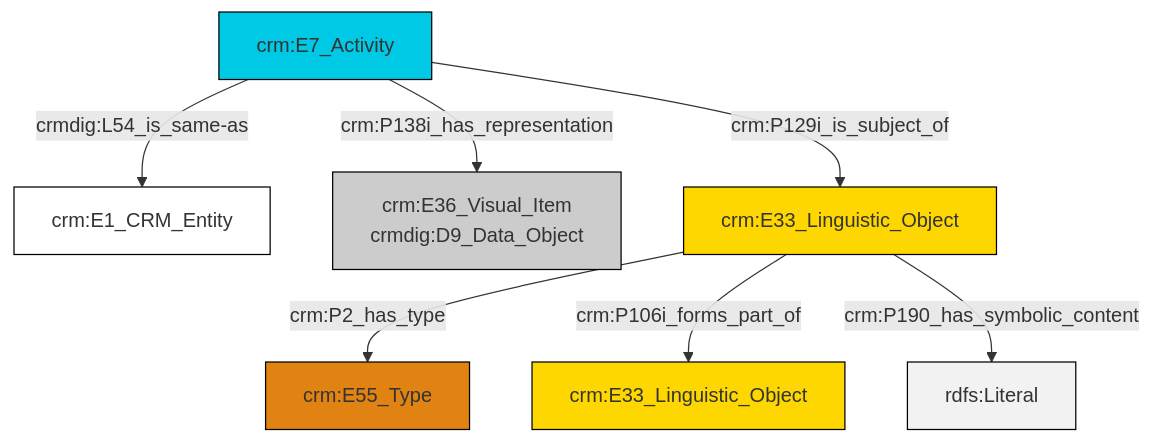
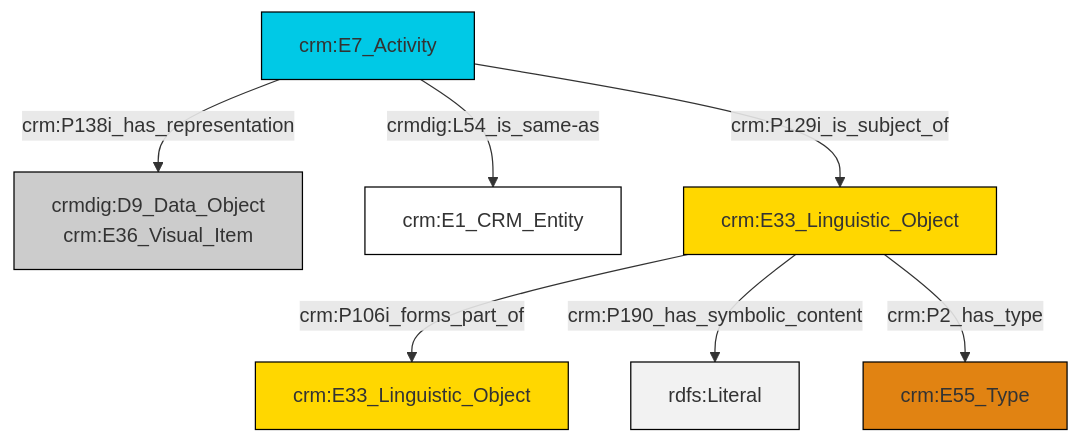
The diagram in et/eventCSV/ttl/mmd/event_documentation.ttl.mmd (swiss-art-research-net/docs.swissartresearch), drawn with Mermaid before and after one commit. The commit also changed 175 other files, not shown here.

```diff
--- a/et/eventCSV/ttl/mmd/event_documentation.ttl.mmd
+++ b/et/eventCSV/ttl/mmd/event_documentation.ttl.mmd
@@ -1,21 +1,21 @@
 graph TD
 classDef Literal fill:#f2f2f2,stroke:#000000;
 classDef CRM_Entity fill:#FFFFFF,stroke:#000000;
 classDef Temporal_Entity fill:#00C9E6, stroke:#000000;
 classDef Type fill:#E18312, stroke:#000000;
 classDef Time-Span fill:#2C9C91, stroke:#000000;
 classDef Appellation fill:#FFEB7F, stroke:#000000;
 classDef Place fill:#008836, stroke:#000000;
 classDef Persistent_Item fill:#B266B2, stroke:#000000;
 classDef Conceptual_Object fill:#FFD700, stroke:#000000;
 classDef Physical_Thing fill:#D2B48C, stroke:#000000;
 classDef Actor fill:#f58aad, stroke:#000000;
 classDef PC_Classes fill:#4ce600, stroke:#000000;
 classDef Multi fill:#cccccc,stroke:#000000;
 
-4["crm:E7_Activity"]:::Temporal_Entity -->|crmdig:L54_is_same-as| 5["crm:E1_CRM_Entity"]:::CRM_Entity
-4["crm:E7_Activity"]:::Temporal_Entity -->|crm:P138i_has_representation| 7["crm:E36_Visual_Item<br>crmdig:D9_Data_Object"]:::Multi
-8["crm:E33_Linguistic_Object"]:::Conceptual_Object -->|crm:P2_has_type| 0["crm:E55_Type"]:::Type
-8["crm:E33_Linguistic_Object"]:::Conceptual_Object -->|crm:P106i_forms_part_of| 2["crm:E33_Linguistic_Object"]:::Conceptual_Object
-4["crm:E7_Activity"]:::Temporal_Entity -->|crm:P129i_is_subject_of| 8["crm:E33_Linguistic_Object"]:::Conceptual_Object
-8["crm:E33_Linguistic_Object"]:::Conceptual_Object -->|crm:P190_has_symbolic_content| 14[rdfs:Literal]:::Literal
+2["crm:E7_Activity"]:::Temporal_Entity -->|crmdig:L54_is_same-as| 3["crm:E1_CRM_Entity"]:::CRM_Entity
+2["crm:E7_Activity"]:::Temporal_Entity -->|crm:P138i_has_representation| 0["crmdig:D9_Data_Object<br>crm:E36_Visual_Item"]:::Multi
+5["crm:E33_Linguistic_Object"]:::Conceptual_Object -->|crm:P106i_forms_part_of| 6["crm:E33_Linguistic_Object"]:::Conceptual_Object
+5["crm:E33_Linguistic_Object"]:::Conceptual_Object -->|crm:P190_has_symbolic_content| 7[rdfs:Literal]:::Literal
+2["crm:E7_Activity"]:::Temporal_Entity -->|crm:P129i_is_subject_of| 5["crm:E33_Linguistic_Object"]:::Conceptual_Object
+5["crm:E33_Linguistic_Object"]:::Conceptual_Object -->|crm:P2_has_type| 11["crm:E55_Type"]:::Type
```
